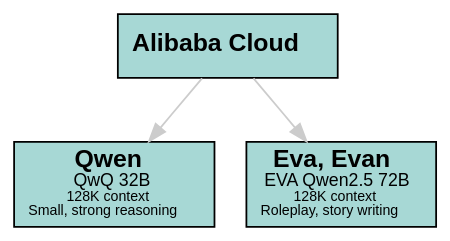
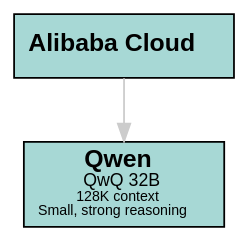
Before and after one commit to sswam/allemande: diagram 11 of 13 in doc/guide.md, drawn with Graphviz. The commit also changed other lines of this file and 7 other files, not shown here.

First line of the commit message:
fix(agent): Remove EVA Qwen2.5 72B model references

````diff
--- a/doc/guide.md
+++ b/doc/guide.md
@@ -554,14 +554,12 @@
 ```dot
 digraph Alibaba {
     graph [bgcolor=transparent]
     edge [color="#CCCCCC"]
     node [shape=box, style=filled, fillcolor="#A7D8D5", fontname="Helvetica"]
 
     "Alibaba" [label=<<b>Alibaba Cloud</b>>]
     "Qwen" [label=<<b>Qwen</b><br/><font point-size="10">QwQ 32B</font><br/><font point-size="8">128K context</font><br/><font point-size="8">Small, strong reasoning</font>>]
-    "Eva" [label=<<b>Eva, Evan</b><br/><font point-size="10">EVA Qwen2.5 72B</font><br/><font point-size="8">128K context</font><br/><font point-size="8">Roleplay, story writing</font>>]
 
     "Alibaba" -> "Qwen"
-    "Alibaba" -> "Eva"
 }
 ```
````
